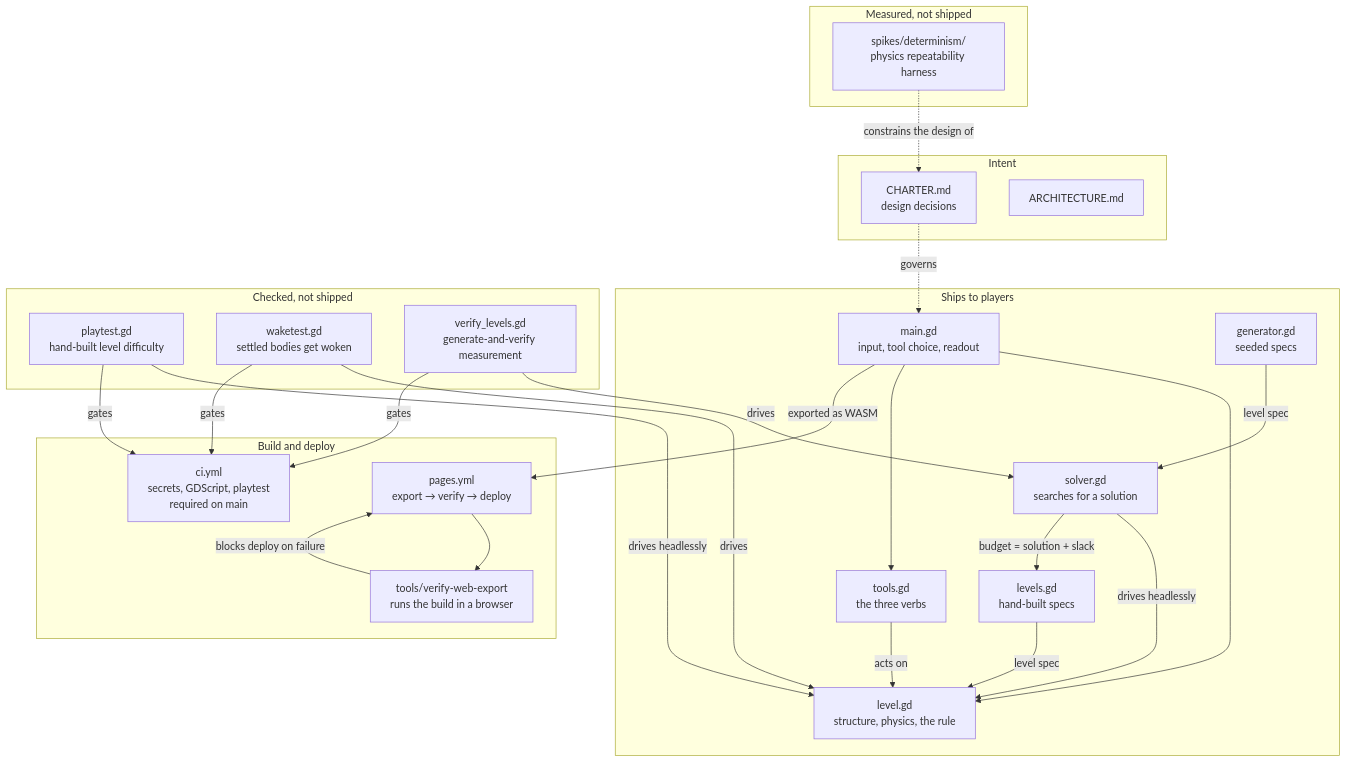
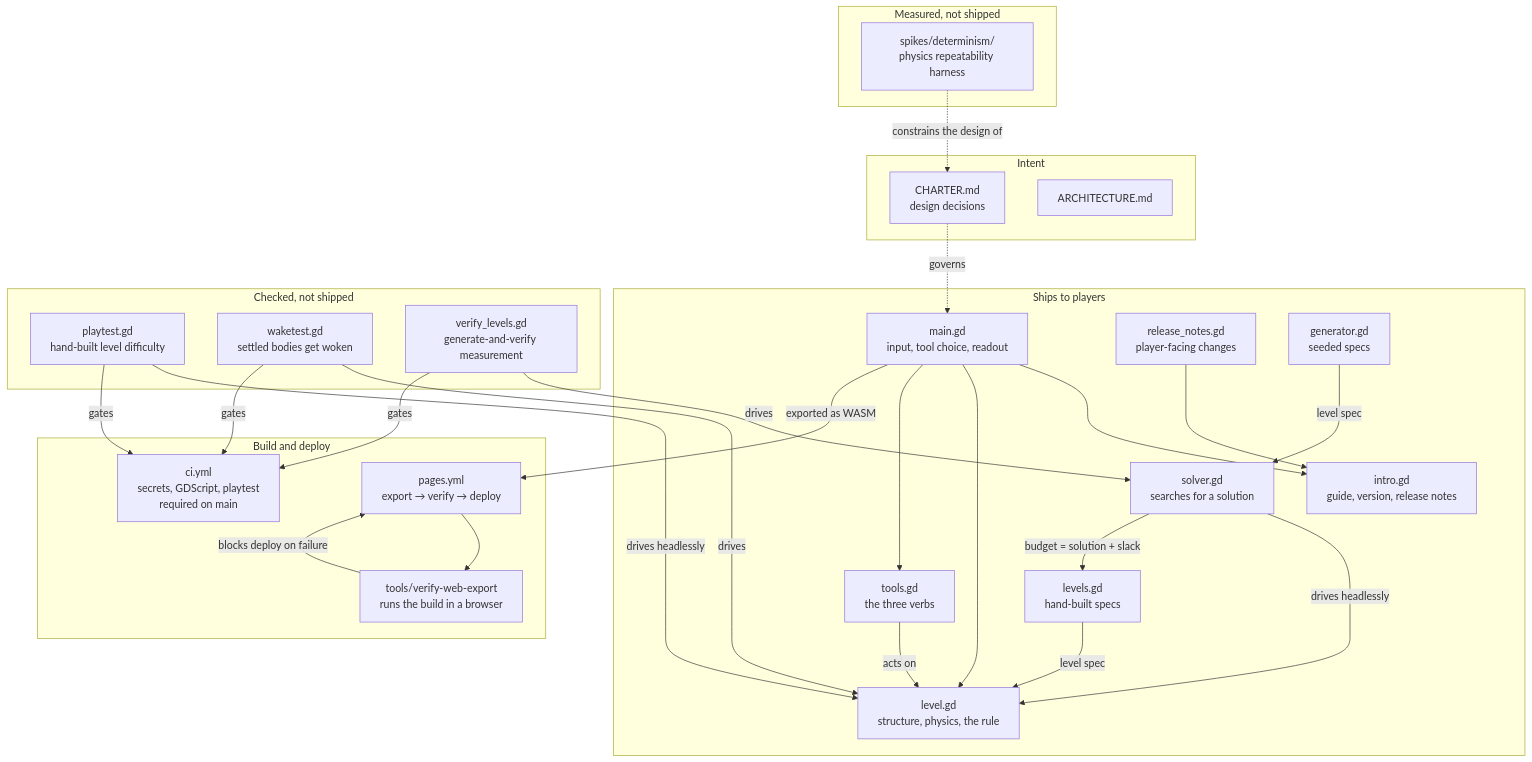
One commit to CoderCoop/CrumplZone changed the first of 3 diagrams in ARCHITECTURE.md. Above: the diagram before and after it, drawn with Mermaid. The commit also changed other lines of this file and 9 other files, not shown here.

First line of the commit message:
feat: intro screen with gameplay guide, version and changelog (#12)

````diff
--- a/ARCHITECTURE.md
+++ b/ARCHITECTURE.md
@@ -12,51 +12,55 @@
 ```mermaid
 graph TD
     subgraph ships["Ships to players"]
         main["main.gd<br/>input, tool choice, readout"]
+        intro["intro.gd<br/>guide, version, release notes"]
+        notes["release_notes.gd<br/>player-facing changes"]
         level["level.gd<br/>structure, physics, the rule"]
         tools["tools.gd<br/>the three verbs"]
         levels["levels.gd<br/>hand-built specs"]
         generator["generator.gd<br/>seeded specs"]
         solver["solver.gd<br/>searches for a solution"]
     end
 
     subgraph checks["Checked, not shipped"]
         playtest["playtest.gd<br/>hand-built level difficulty"]
         waketest["waketest.gd<br/>settled bodies get woken"]
         verifylv["verify_levels.gd<br/>generate-and-verify measurement"]
     end
 
     subgraph build["Build and deploy"]
         pages["pages.yml<br/>export → verify → deploy"]
         verify["tools/verify-web-export<br/>runs the build in a browser"]
         ci["ci.yml<br/>secrets, GDScript, playtest<br/>required on main"]
     end
 
     subgraph knowledge["Measured, not shipped"]
         spike["spikes/determinism/<br/>physics repeatability harness"]
     end
 
     subgraph docs["Intent"]
         charter["CHARTER.md<br/>design decisions"]
         arch["ARCHITECTURE.md"]
     end
 
+    main --> intro
+    notes --> intro
     main --> level
     main --> tools
     levels -->|level spec| level
     tools -->|acts on| level
     generator -->|level spec| solver
     solver -->|drives headlessly| level
     solver -->|budget = solution + slack| levels
     playtest -->|drives headlessly| level
     verifylv -->|drives| solver
     playtest -->|gates| ci
     waketest -->|drives| level
     waketest -->|gates| ci
     verifylv -->|gates| ci
     main -->|exported as WASM| pages
     pages --> verify
     verify -->|blocks deploy on failure| pages
     spike -.->|constrains the design of| charter
     charter -.->|governs| main
 ```
````
